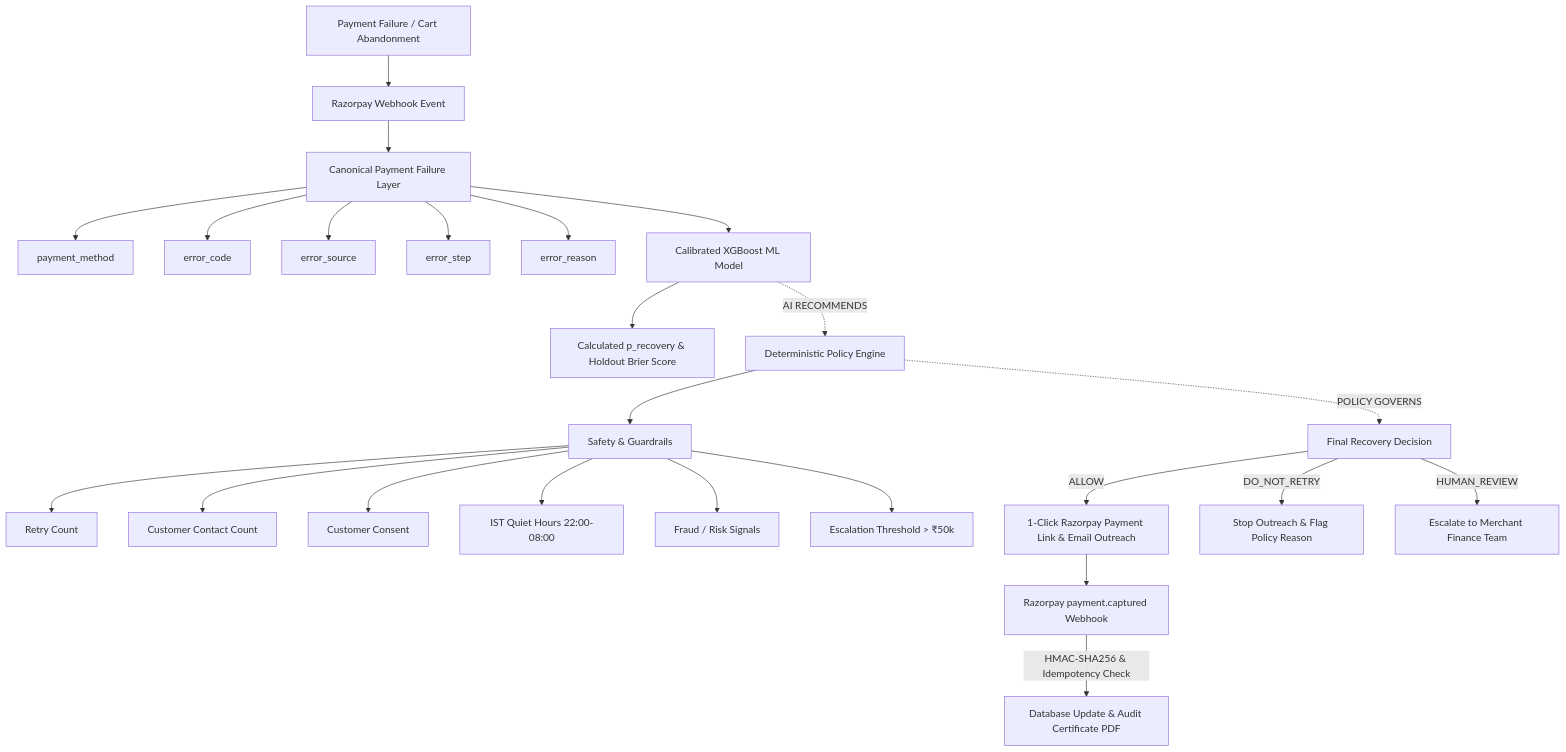
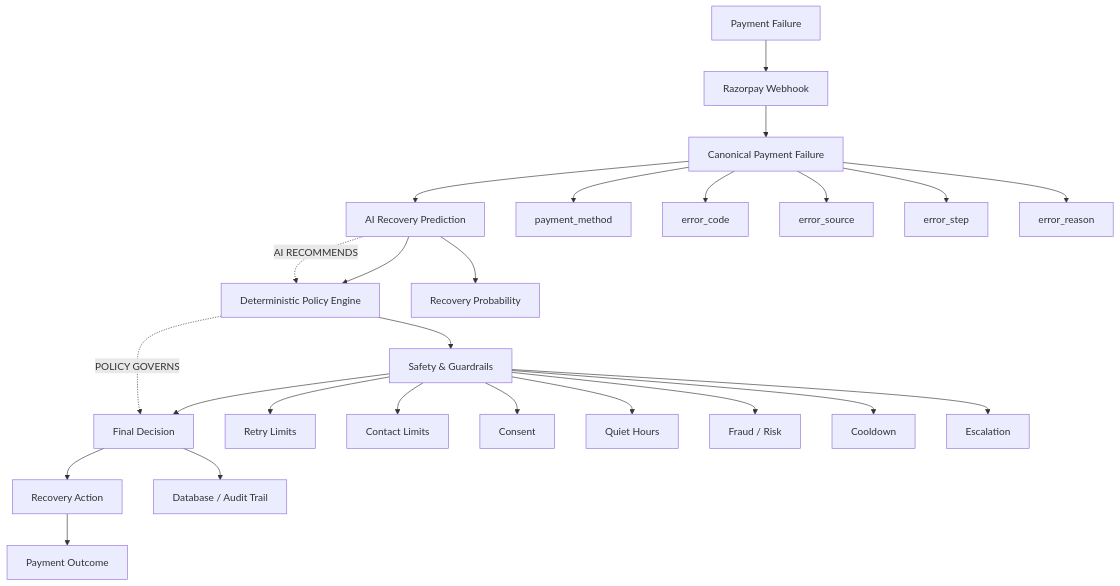
One commit to Bhavyakela07/recoverOS changed the diagram in README.md. Above: the diagram before and after it, drawn with Mermaid. The commit also changed other lines of this file, not shown here.

Commit message:
Final submission polish and validation

````diff
--- a/README.md
+++ b/README.md
@@ -67,33 +67,28 @@
 ```mermaid
 flowchart TD
-    A[Payment Failure / Cart Abandonment] --> B[Razorpay Webhook Event]
-    B --> C[Canonical Payment Failure Layer]
-    
+    A[Payment Failure] --> B[Razorpay Webhook]
+    B --> C[Canonical Payment Failure]
+    C --> D[AI Recovery Prediction]
+    D --> E[Deterministic Policy Engine]
+    E --> F[Safety & Guardrails]
+    F --> G[Final Decision]
+    G --> H[Recovery Action]
+    H --> I[Payment Outcome]
+    G --> J[Database / Audit Trail]
+
     C --> C1[payment_method]
     C --> C2[error_code]
     C --> C3[error_source]
     C --> C4[error_step]
     C --> C5[error_reason]
-    
-    C --> D[Calibrated XGBoost ML Model]
-    D --> D1[Calculated p_recovery & Holdout Brier Score]
-    
-    D -.->|AI RECOMMENDS| E[Deterministic Policy Engine]
-    
-    E --> F[Safety & Guardrails]
-    F --> F1[Retry Count]
-    F --> F2[Customer Contact Count]
-    F --> F3[Customer Consent]
-    F --> F4[IST Quiet Hours 22:00-08:00]
-    F --> F5[Fraud / Risk Signals]
-    F --> F6[Escalation Threshold > ₹50k]
-    
-    E -.->|POLICY GOVERNS| G[Final Recovery Decision]
-    
-    G -->|ALLOW| H[1-Click Razorpay Payment Link & Email Outreach]
-    G -->|DO_NOT_RETRY| I[Stop Outreach & Flag Policy Reason]
-    G -->|HUMAN_REVIEW| J[Escalate to Merchant Finance Team]
-    
-    H --> K[Razorpay payment.captured Webhook]
-    K -->|HMAC-SHA256 & Idempotency Check| L[Database Update & Audit Certificate PDF]
+    D --> D1[Recovery Probability]
+    F --> F1[Retry Limits]
+    F --> F2[Contact Limits]
+    F --> F3[Consent]
+    F --> F4[Quiet Hours]
+    F --> F5[Fraud / Risk]
+    F --> F6[Cooldown]
+    F --> F7[Escalation]
+    D -.->|AI RECOMMENDS| E
+    E -.->|POLICY GOVERNS| G
 ```
````
